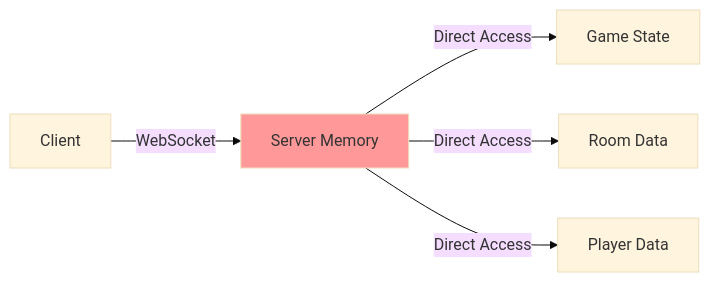
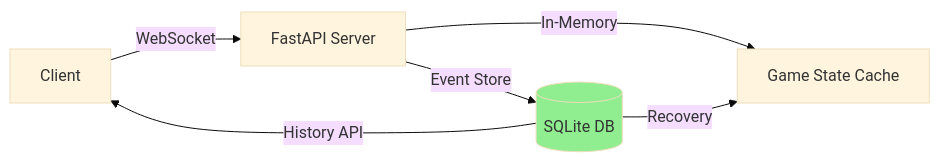
The first of 3 diagrams in docs/04-data-structures/DATABASE_SCHEMA.md (andynenth/tui-backend), drawn with Mermaid (base theme) before and after one commit. The commit also changed other lines of this file and 7 other files, not shown here.

````diff
--- a/docs/04-data-structures/DATABASE_SCHEMA.md
+++ b/docs/04-data-structures/DATABASE_SCHEMA.md
@@ -55,9 +58,10 @@
 ```mermaid
 graph LR
-    Client[Client] -->|WebSocket| Server[Server Memory]
-    Server -->|Direct Access| GameState[Game State]
-    Server -->|Direct Access| RoomData[Room Data]
-    Server -->|Direct Access| PlayerData[Player Data]
+    Client[Client] -->|WebSocket| Server[FastAPI Server]
+    Server -->|Event Store| SQLite[(SQLite DB)]
+    Server -->|In-Memory| GameState[Game State Cache]
+    SQLite -->|Recovery| GameState
+    SQLite -->|History API| Client
     
-    style Server fill:#ff9999
+    style SQLite fill:#90EE90
 ```
````
